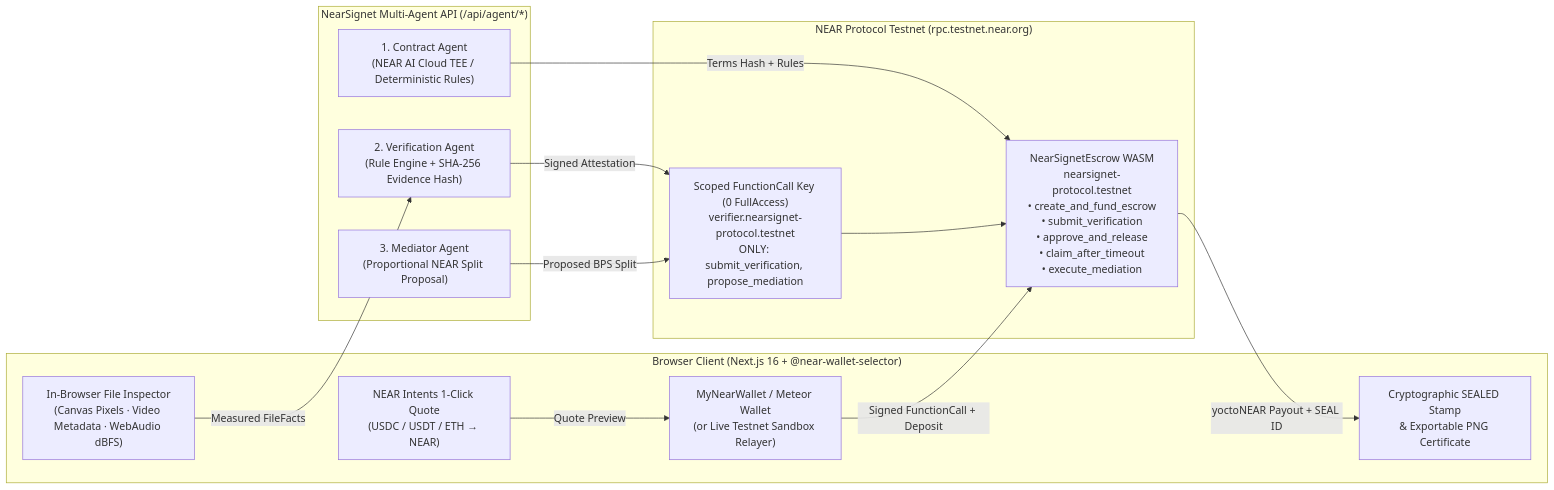
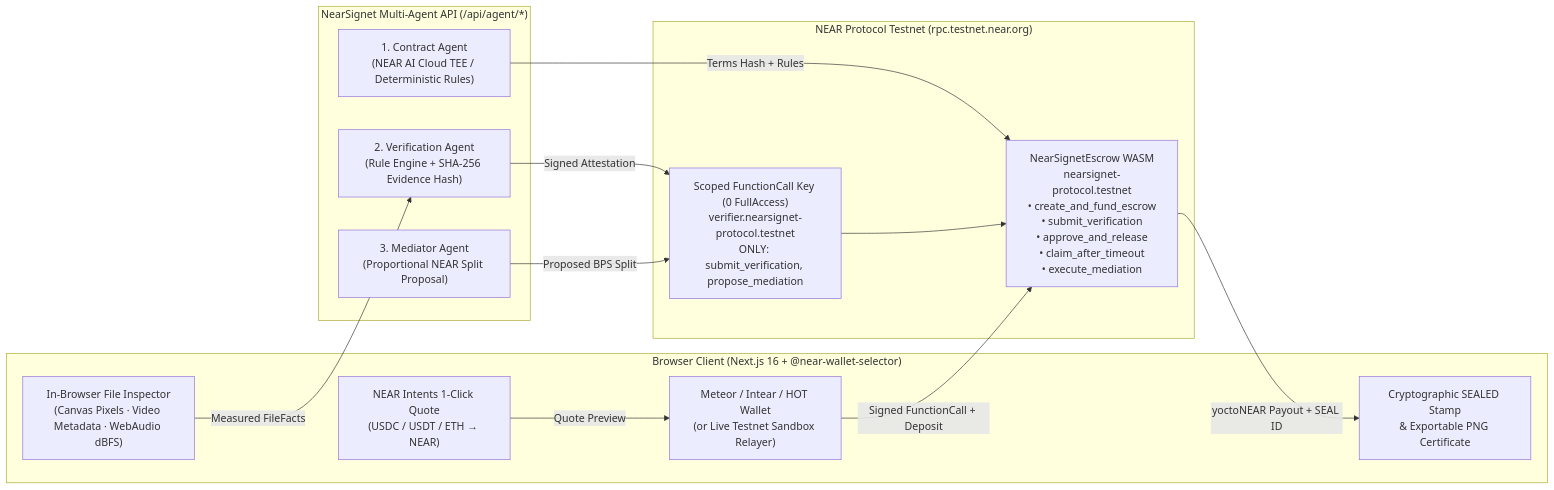
Before and after one commit to onad1ocrypto/nearsignet: the diagram in README.md, drawn with Mermaid. The commit also changed other lines of this file and 9 other files, not shown here.

Commit message:
fix(wallet): replace sunsetted MyNearWallet with Meteor, Intear & HOT Wallet on Testnet

````diff
--- a/README.md
+++ b/README.md
@@ -107,27 +107,27 @@
 ```mermaid
 flowchart LR
   subgraph Web["Browser Client (Next.js 16 + @near-wallet-selector)"]
-    Wallet["MyNearWallet / Meteor Wallet\n(or Live Testnet Sandbox Relayer)"]
+    Wallet["Meteor / Intear / HOT Wallet\n(or Live Testnet Sandbox Relayer)"]
     Inspector["In-Browser File Inspector\n(Canvas Pixels · Video Metadata · WebAudio dBFS)"]
     Intents["NEAR Intents 1-Click Quote\n(USDC / USDT / ETH → NEAR)"]
     Cert["Cryptographic SEALED Stamp\n& Exportable PNG Certificate"]
   end
 
   subgraph Agents["NearSignet Multi-Agent API (/api/agent/*)"]
     CA["1. Contract Agent\n(NEAR AI Cloud TEE / Deterministic Rules)"]
     VA["2. Verification Agent\n(Rule Engine + SHA-256 Evidence Hash)"]
     MA["3. Mediator Agent\n(Proportional NEAR Split Proposal)"]
   end
 
   subgraph NEAR["NEAR Protocol Testnet (rpc.testnet.near.org)"]
     Key["Scoped FunctionCall Key (0 FullAccess)\nverifier.nearsignet-protocol.testnet\nONLY: submit_verification, propose_mediation"]
     Escrow["NearSignetEscrow WASM\nnearsignet-protocol.testnet\n• create_and_fund_escrow\n• submit_verification\n• approve_and_release\n• claim_after_timeout\n• execute_mediation"]
   end
 
   Wallet -->|Signed FunctionCall + Deposit| Escrow
   Intents -->|Quote Preview| Wallet
   Inspector -->|Measured FileFacts| VA -->|Signed Attestation| Key
   CA -->|Terms Hash + Rules| Escrow
   MA -->|Proposed BPS Split| Key
   Key --> Escrow -->|yoctoNEAR Payout + SEAL ID| Cert
 ```
````
